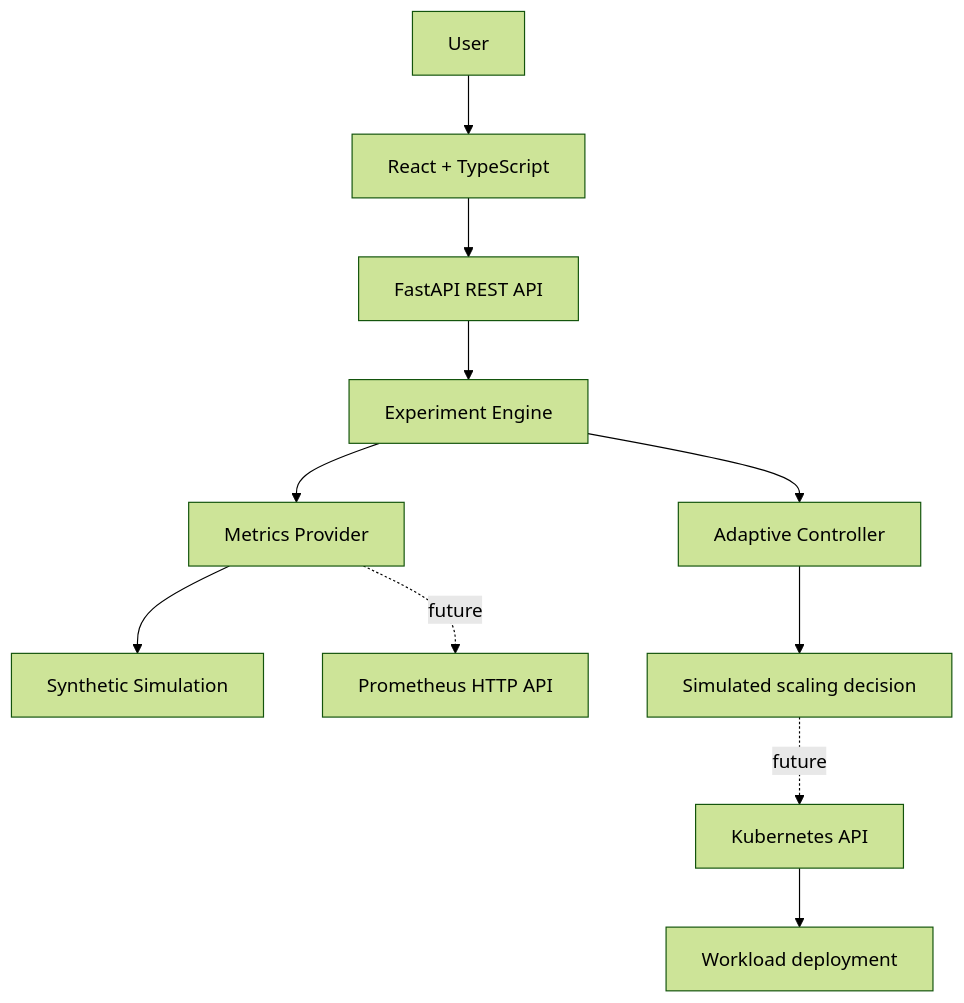
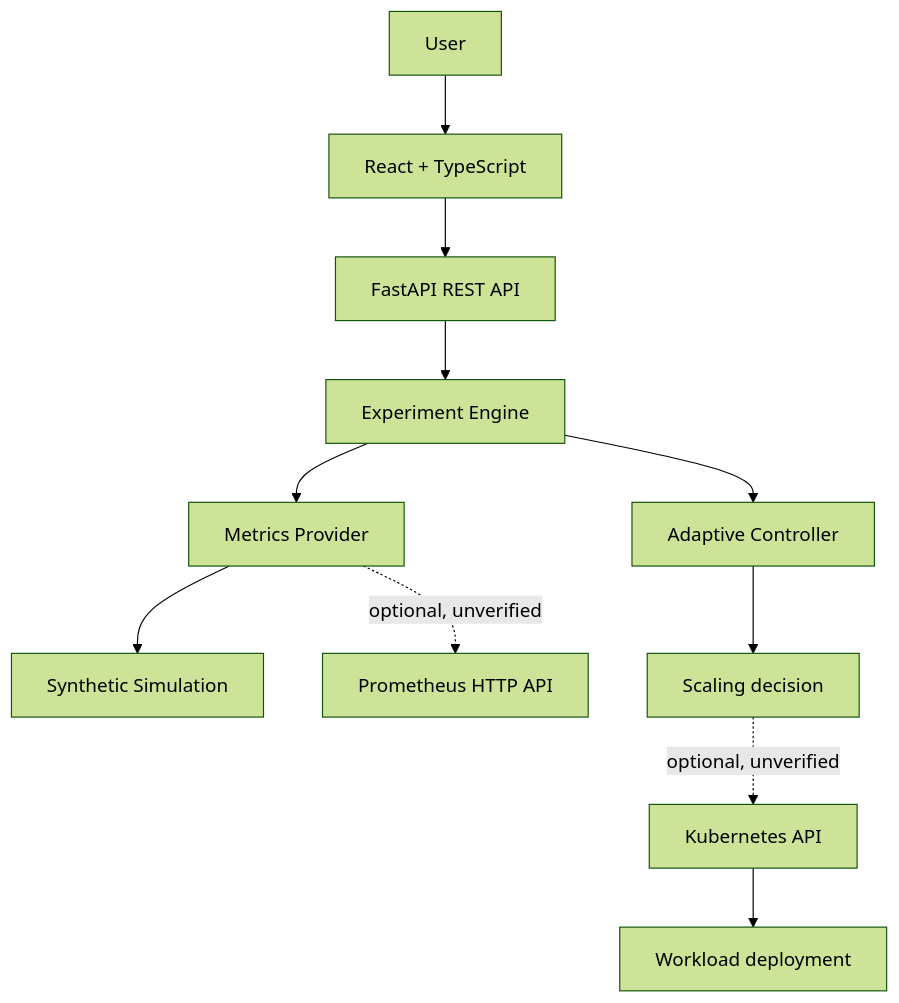
The diagram in docs/architecture.md (Varalakshmi-Kanagavel/SLA-CC), drawn with Mermaid (forest theme) before and after one commit. The commit also changed other lines of this file and 35 other files, not shown here.

````diff
--- a/docs/architecture.md
+++ b/docs/architecture.md
@@ -3,13 +3,13 @@
 ```mermaid
 flowchart TD
     User --> Frontend[React + TypeScript]
     Frontend --> Backend[FastAPI REST API]
     Backend --> ExperimentEngine[Experiment Engine]
     ExperimentEngine --> AdaptiveController[Adaptive Controller]
     ExperimentEngine --> MetricsProvider[Metrics Provider]
     MetricsProvider --> Simulation[Synthetic Simulation]
-    MetricsProvider -. future .-> Prometheus[Prometheus HTTP API]
-    AdaptiveController --> HPA[Simulated scaling decision]
-    HPA -. future .-> Kubernetes[Kubernetes API]
+    MetricsProvider -. optional, unverified .-> Prometheus[Prometheus HTTP API]
+    AdaptiveController --> HPA[Scaling decision]
+    HPA -. optional, unverified .-> Kubernetes[Kubernetes API]
     Kubernetes --> Application[Workload deployment]
 ```
````
